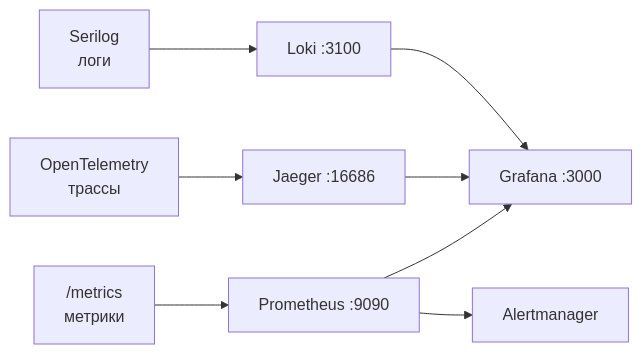
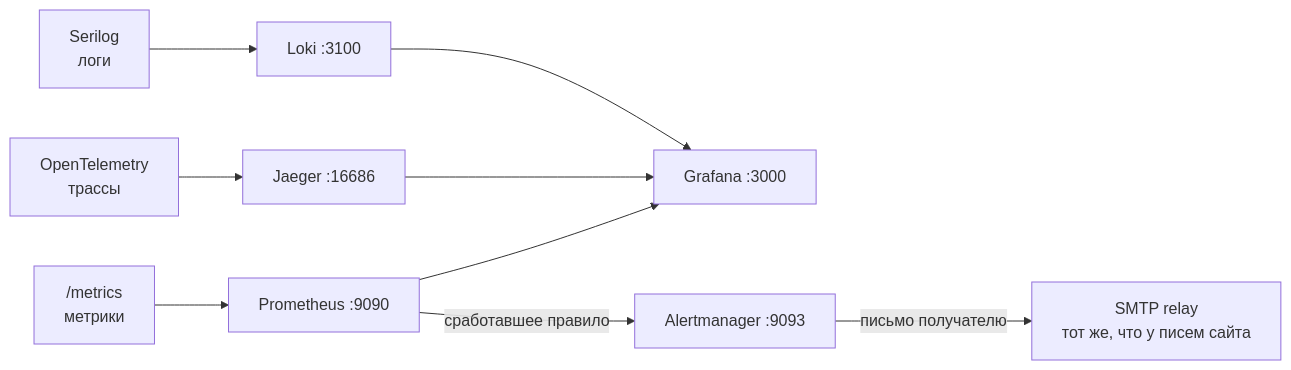
One commit to dm-am/dm3 changed the diagram in docs/guides/MONITORING.md. Above: the diagram before and after it, drawn with Mermaid. The commit also changed other lines of this file and 1646 other files, not shown here.

````diff
--- a/docs/guides/MONITORING.md
+++ b/docs/guides/MONITORING.md
@@ -9,10 +9,11 @@
 ```mermaid
 flowchart LR
     serilog["Serilog<br/>логи"] --> loki["Loki :3100"]
     otel["OpenTelemetry<br/>трассы"] --> jaeger["Jaeger :16686"]
     metrics["/metrics<br/>метрики"] --> prom["Prometheus :9090"]
     loki --> grafana["Grafana :3000"]
     jaeger --> grafana
     prom --> grafana
-    prom --> alerts["Alertmanager"]
+    prom -->|"сработавшее правило"| alerts["Alertmanager :9093"]
+    alerts -->|"письмо получателю"| smtp["SMTP relay<br/>тот же, что у писем сайта"]
 ```
````
